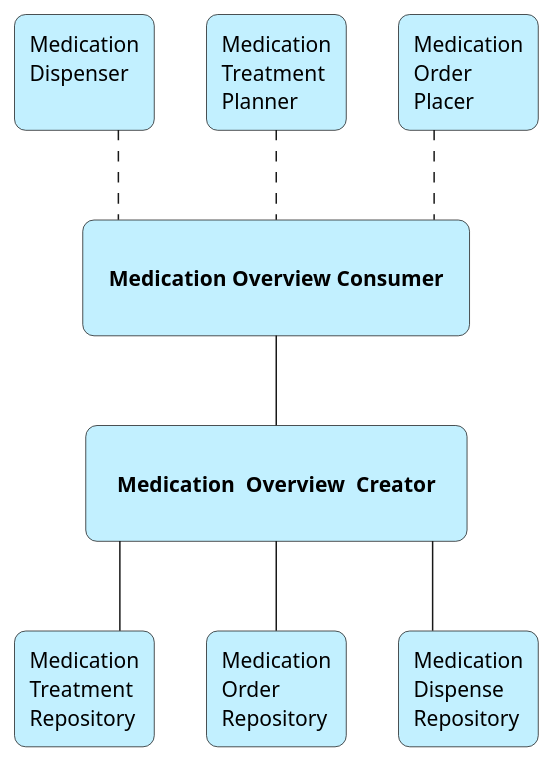
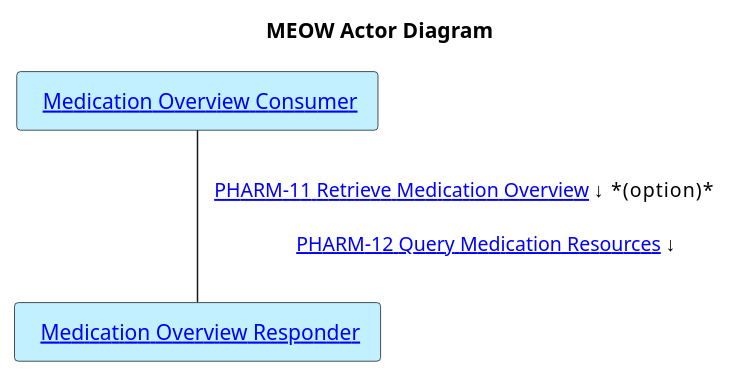
The diagram in input/images-source/actors_and_transactions.plantuml (IHE/pharm-meow), drawn with PlantUML before and after one commit. The commit also changed other lines of this file and 15 other files, not shown here.

```diff
--- a/input/images-source/actors_and_transactions.plantuml
+++ b/input/images-source/actors_and_transactions.plantuml
@@ -1,39 +1,12 @@
 @startuml
 skinparam backgroundcolor transparent
-skinparam linetype ortho
+skinparam linetype polyline
 
-skinparam rectangle {
-	roundCorner 15
-}
+title MEOW Actor Diagram
 
-rectangle "\n<b>  Medication Overview Consumer  \n" as MOvC  #Application
-rectangle "\n<b>   Medication  <b>Overview  <b>Creator   \n" as MOvR #Application
+agent "  [[actors_and_transactions.html#13311-medication-overview-consumer Medication Overview Consumer ]]" as MOvC #Application
+agent "  [[actors_and_transactions.html#13312-medication-overview-responder Medication Overview Responder ]]" as MOvR #Application
 
-rectangle "Medication\nTreatment\nPlanner" as MTP #Application
-rectangle "Medication\nOrder\nPlacer" as MOP   #Application
-rectangle "Medication\nDispenser\n" as MD  #Application
-rectangle "Medication\nTreatment\nRepository" as MTR  #Application
-rectangle "Medication\nOrder\nRepository" as MOR  #Application
-rectangle "Medication\nDispense\nRepository" as MDR  #Application
-
-'MOP -l[hidden]- MTP
-'MOP -r[hidden]- MD
-
-MOvC .u. MOP
-MOvC .u. MTP
-MOvC .u. MD
-
-MOvR -d- MOR
-MOvR -d- MTR
-MOvR -d- MDR
-
-
-'MTP -d- MTR
-MOvC -d- MOvR
-'MOP -d- MOR 
-'MD -d- MDR
-
-'rectangle "asdf" #8ac
-'rectangle "asdef" #8ac
+MOvC -- MOvR : "   [[PHARM-11.html PHARM-11 Retrieve Medication Overview]] ↓  *(option)*          \n\n   [[PHARM-12.html PHARM-12 Query Medication Resources]] ↓"
 
 @enduml
```
